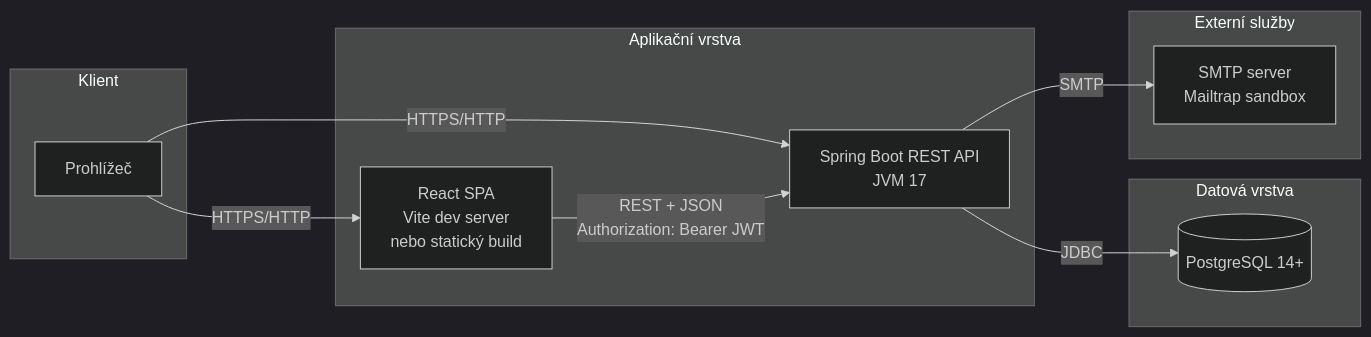
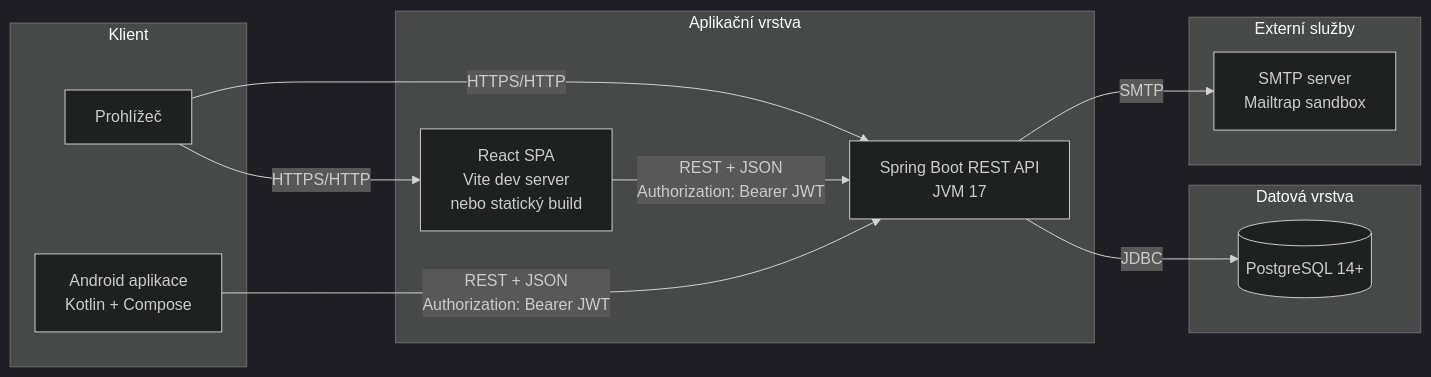
Before and after one commit to ifischerova/bezci-sobe-mobile-app-android: the first of 11 diagrams in SDD.md, drawn with Mermaid (dark theme). The commit also changed other lines of this file and 8 other files, not shown here.

````diff
--- a/SDD.md
+++ b/SDD.md
@@ -36,22 +38,24 @@
 ```mermaid
 flowchart LR
     subgraph Klient
         BR[Prohlížeč]
+        AND[Android aplikace<br/>Kotlin + Compose]
     end
     subgraph Aplikační vrstva
         FE[React SPA<br/>Vite dev server<br/>nebo statický build]
         BE[Spring Boot REST API<br/>JVM 17]
     end
     subgraph Datová vrstva
         DB[(PostgreSQL 14+)]
     end
     subgraph Externí služby
         SMTP[SMTP server<br/>Mailtrap sandbox]
     end
 
     BR -- HTTPS/HTTP --> FE
     BR -- HTTPS/HTTP --> BE
     FE -- REST + JSON<br/>Authorization: Bearer JWT --> BE
+    AND -- REST + JSON<br/>Authorization: Bearer JWT --> BE
     BE -- JDBC --> DB
     BE -- SMTP --> SMTP
 ```
````
